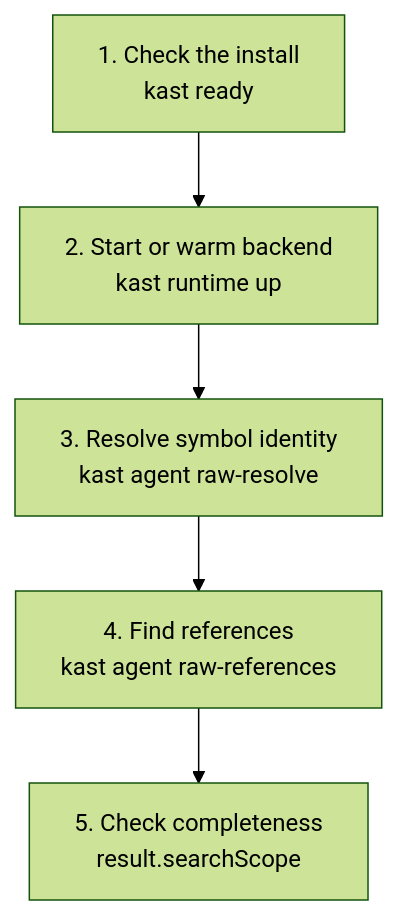
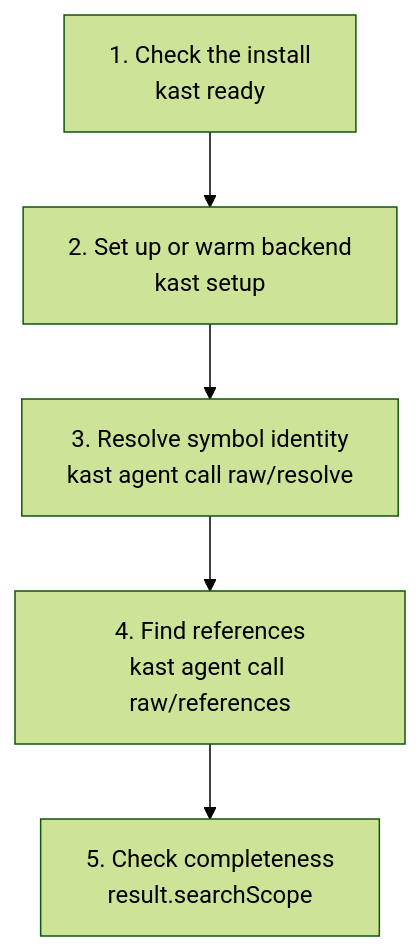
One commit to amichne/kast changed the diagram in docs/getting-started/quickstart.md. Above: the diagram before and after it, drawn with Mermaid (forest theme). The commit also changed other lines of this file and 81 other files, not shown here.

Commit message:
feat: streamline kast setup surface

````diff
--- a/docs/getting-started/quickstart.md
+++ b/docs/getting-started/quickstart.md
@@ -19,10 +19,10 @@
 ```mermaid
 flowchart TD
     ready["1. Check the install<br/>kast ready"]
-    start["2. Start or warm backend<br/>kast runtime up"]
-    resolve["3. Resolve symbol identity<br/>kast agent raw-resolve"]
-    refs["4. Find references<br/>kast agent raw-references"]
+    start["2. Set up or warm backend<br/>kast setup"]
+    resolve["3. Resolve symbol identity<br/>kast agent call raw/resolve"]
+    refs["4. Find references<br/>kast agent call raw/references"]
     scope["5. Check completeness<br/>result.searchScope"]
 
     ready --> start --> resolve --> refs --> scope
 ```
````
